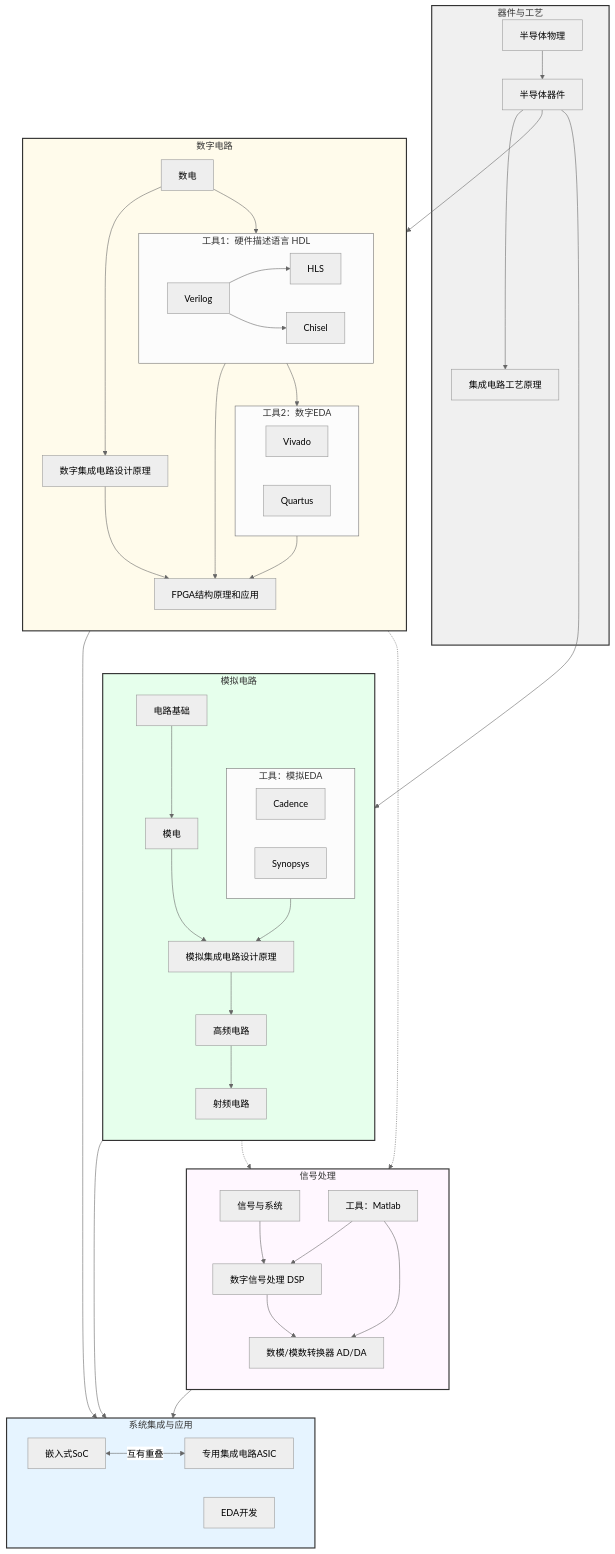
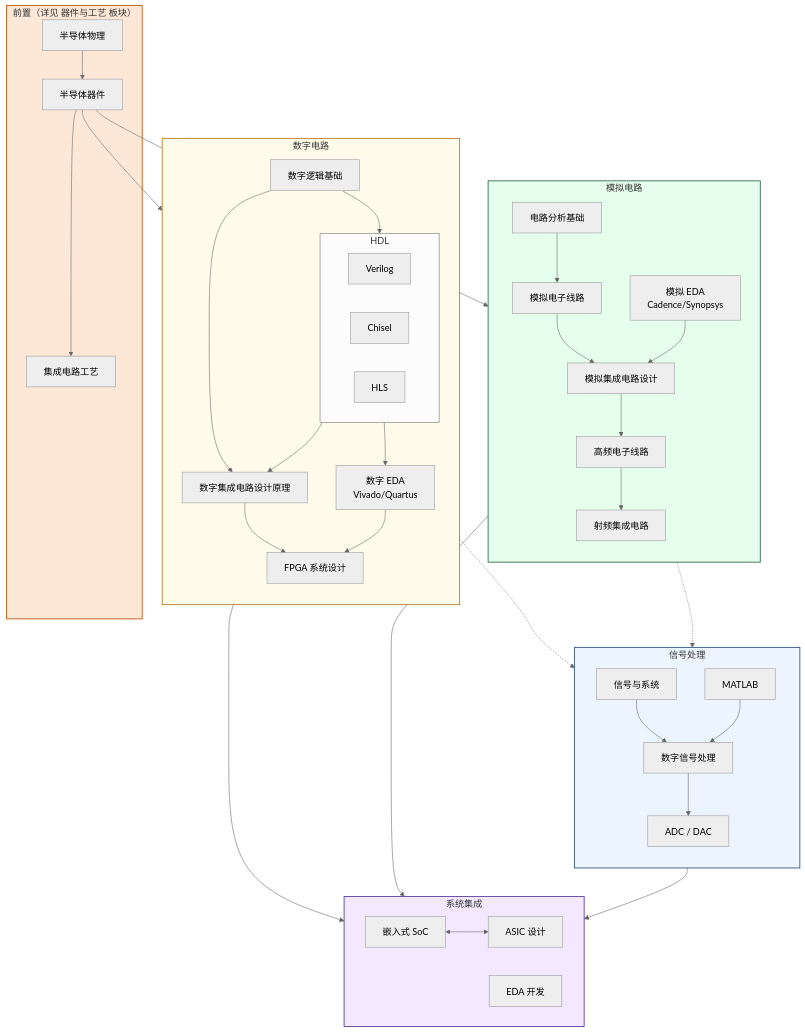
Before and after one commit to Crys-Chen/ic-guide: the diagram in docs/课程资源/电路/index.md, drawn with Mermaid (neutral theme). The commit also changed other lines of this file, not shown here.

````diff
--- a/docs/课程资源/电路/index.md
+++ b/docs/课程资源/电路/index.md
@@ -7,97 +9,70 @@
-``` mermaid
+```mermaid
 graph TB
-    %% 1. 定义所有模块和节点
-    subgraph A[器件与工艺]
-        A0[半导体物理] --> A1[半导体器件] --> A2[集成电路工艺原理]
+    subgraph A["前置（详见 器件与工艺 板块）"]
+        A0[半导体物理] --> A1[半导体器件] --> A2[集成电路工艺]
     end
-    
+
     subgraph B1[数字电路]
         direction TB
-        B1_1[数电]
-        subgraph B1_2[工具1：硬件描述语言 HDL]
+        B1_1[数字逻辑基础]
+        subgraph B1_2[HDL]
             B1_2_1[Verilog]
-            B1_2_2[HLS]
-            B1_2_3[Chisel]
+            B1_2_2[Chisel]
+            B1_2_3[HLS]
         end
-        subgraph B1_3[工具2：数字EDA]
-            B1_3_1[Vivado]
-            B1_3_2[Quartus]
-        end
+        B1_3[数字 EDA<br/>Vivado/Quartus]
         B1_5[数字集成电路设计原理]
-        B1_4[FPGA结构原理和应用]
+        B1_4[FPGA 系统设计]
     end
-    
+
     subgraph B2[模拟电路]
         direction TB
-        B2_0[电路基础]
-        B2_1[模电]
-        B2_2[模拟集成电路设计原理]
-        B2_3[高频电路]
-        B2_4[射频电路]
-        subgraph B2_5[工具：模拟EDA]
-            B2_5_1[Cadence]
-            B2_5_2[Synopsys]
-        end
+        B2_0[电路分析基础]
+        B2_1[模拟电子线路]
+        B2_2[模拟集成电路设计]
+        B2_3[高频电子线路]
+        B2_4[射频集成电路]
+        B2_5[模拟 EDA<br/>Cadence/Synopsys]
     end
 
     subgraph B3[信号处理]
         direction TB
         B3_0[信号与系统]
-        B3_3[工具：Matlab]
-        B3_1[数字信号处理 DSP]
-        B3_2[数模/模数转换器 AD/DA]
+        B3_3[MATLAB]
+        B3_1[数字信号处理]
+        B3_2[ADC / DAC]
     end
 
-    subgraph C[系统集成与应用]
-        C2[嵌入式SoC]
-        C3[专用集成电路ASIC]
-        D[EDA开发]
+    subgraph C[系统集成]
+        C2[嵌入式 SoC]
+        C3[ASIC 设计]
+        D[EDA 开发]
     end
-    
-    
 
-    %% 2. 定义内部连接关系 (完全保持原样)
+    A1 --> B1
+    A1 --> B2
     B1_1 --> B1_2
-    B1_2_1 --> B1_2_2
-    B1_2_1 --> B1_2_3
-    B1_2 --> B1_4
+    B1_1 --> B1_5
+    B1_2 --> B1_5
+    B1_2 --> B1_3
     B1_3 --> B1_4
-    B1_2 --> B1_3
-    
+    B1_5 --> B1_4
     B2_0 --> B2_1 --> B2_2 --> B2_3 --> B2_4
     B2_5 --> B2_2
-
-    C2 <--互有重叠--> C3
-
-    %% 3. 定义外部连接关系 (完全保持原样)
-    A1 --> B1
-    A1 --> B2
-    B3_0 --> B3_1
-        
+    B3_0 --> B3_1 --> B3_2
+    B3_3 --> B3_1
     B1 -.-> B3_2
     B2 -.-> B3_2
-    B3_1 --> B3_2
-    B1_1 --> B1_5
-    B1_5 --> B1_4
-    
     B1 --> C
     B2 --> C
     B3 --> C
-    
-    B3_3 --> B3_2
-    B3_3 --> B3_1
-    
+    C2 <--> C3
 
-    %% 4. 使用不可见链接强制布局顺序，解决遮挡问题
-    B1 ~~~ B2 ~~~ B3 ~~~ C
-
-    %% 5. 定义样式 (完全保持原样)
-    classDef device fill:#F0F0F0,stroke:#333,stroke-width:2px;
-    classDef digital fill:#FFFBEB,stroke:#333,stroke-width:2px;
-    classDef analog fill:#E6FFEC,stroke:#333,stroke-width:2px;
-    classDef signal fill:#FFF7FF,stroke:#333,stroke-width:2px;
-    classDef system fill:#E6F4FF,stroke:#333,stroke-width:2px;
-    
+    classDef device fill:#FDE8D8,stroke:#C0530A,stroke-width:1.5px
+    classDef digital fill:#FFFBEB,stroke:#B7791F,stroke-width:1.5px
+    classDef analog fill:#E6FFEC,stroke:#276749,stroke-width:1.5px
+    classDef signal fill:#EBF4FF,stroke:#2C5282,stroke-width:1.5px
+    classDef system fill:#F3E8FF,stroke:#553C9A,stroke-width:1.5px
     class A device
     class B1 digital
     class B2 analog
````
